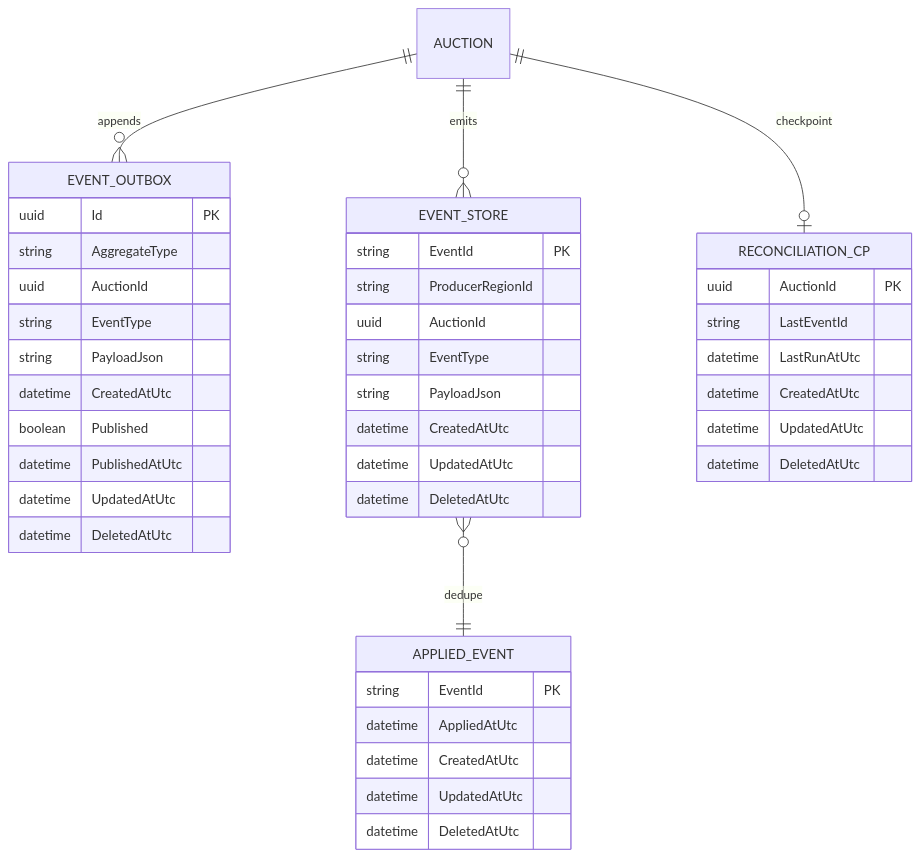
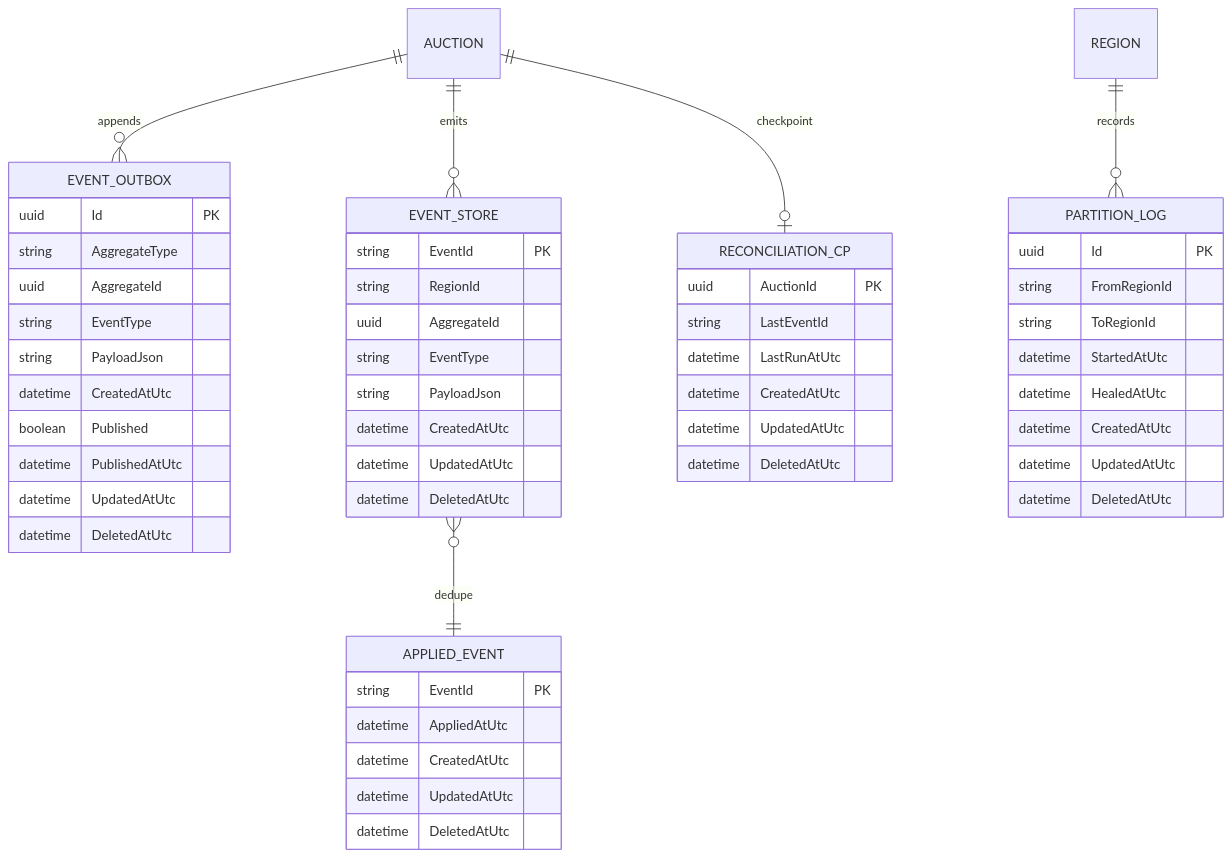
The second of 3 diagrams in docs/erd/ERD.md (kloudja/constellation-auction-challenge), drawn with Mermaid before and after one commit. The commit also changed other lines of this file and 8 other files, not shown here.

````diff
--- a/docs/erd/ERD.md
+++ b/docs/erd/ERD.md
@@ -59,48 +59,60 @@
 ```mermaid
 erDiagram
   AUCTION ||--o{ EVENT_OUTBOX : appends
   AUCTION ||--o{ EVENT_STORE  : emits
   EVENT_STORE }o--|| APPLIED_EVENT : dedupe
   AUCTION ||--o| RECONCILIATION_CP : checkpoint
+  REGION ||--o{ PARTITION_LOG : records
 
   EVENT_OUTBOX {
     uuid     Id PK
     string   AggregateType
-    uuid     AuctionId
+    uuid     AggregateId
     string   EventType
     string   PayloadJson
     datetime CreatedAtUtc
     boolean  Published
     datetime PublishedAtUtc
     datetime UpdatedAtUtc
     datetime DeletedAtUtc
   }
 
   EVENT_STORE {
     string   EventId PK
-    string   ProducerRegionId
-    uuid     AuctionId
+    string   RegionId
+    uuid     AggregateId
     string   EventType
     string   PayloadJson
     datetime CreatedAtUtc
     datetime UpdatedAtUtc
     datetime DeletedAtUtc
   }
 
   APPLIED_EVENT {
     string   EventId PK
     datetime AppliedAtUtc
     datetime CreatedAtUtc
     datetime UpdatedAtUtc
     datetime DeletedAtUtc
   }
 
   RECONCILIATION_CP {
     uuid     AuctionId PK
     string   LastEventId
     datetime LastRunAtUtc
     datetime CreatedAtUtc
     datetime UpdatedAtUtc
     datetime DeletedAtUtc
   }
+
+  PARTITION_LOG {
+    uuid     Id PK
+    string   FromRegionId
+    string   ToRegionId
+    datetime StartedAtUtc
+    datetime HealedAtUtc
+    datetime CreatedAtUtc
+    datetime UpdatedAtUtc
+    datetime DeletedAtUtc
+  }
 ```
````
